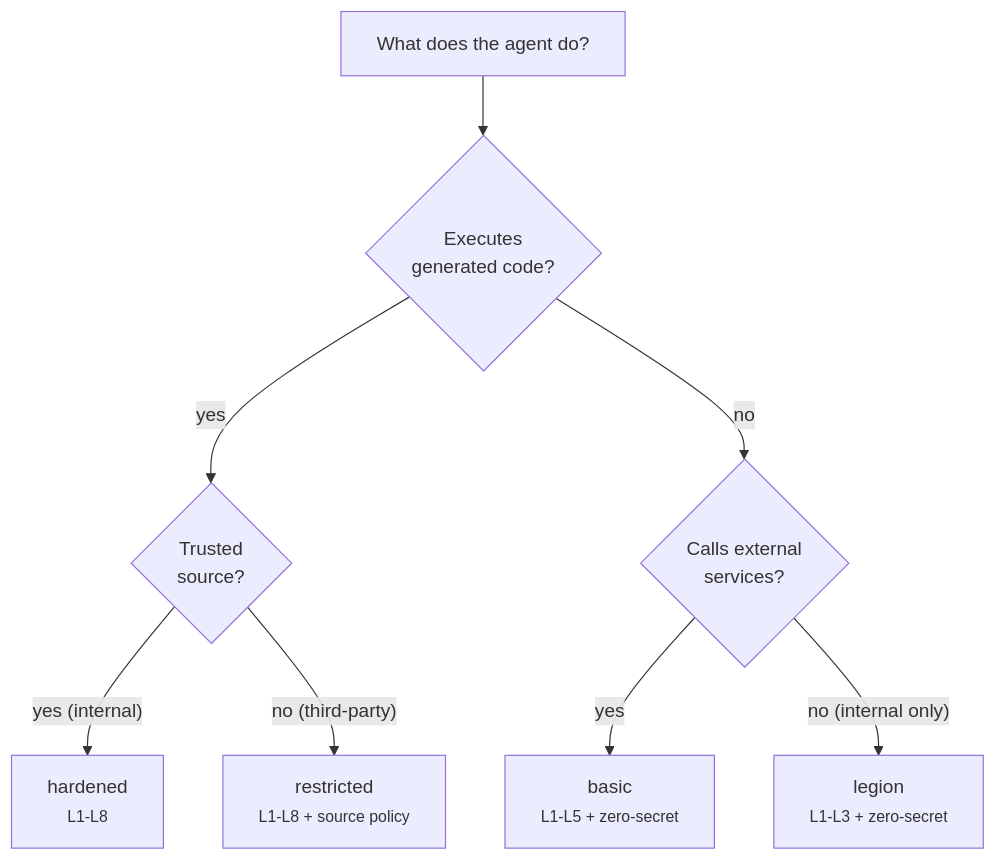
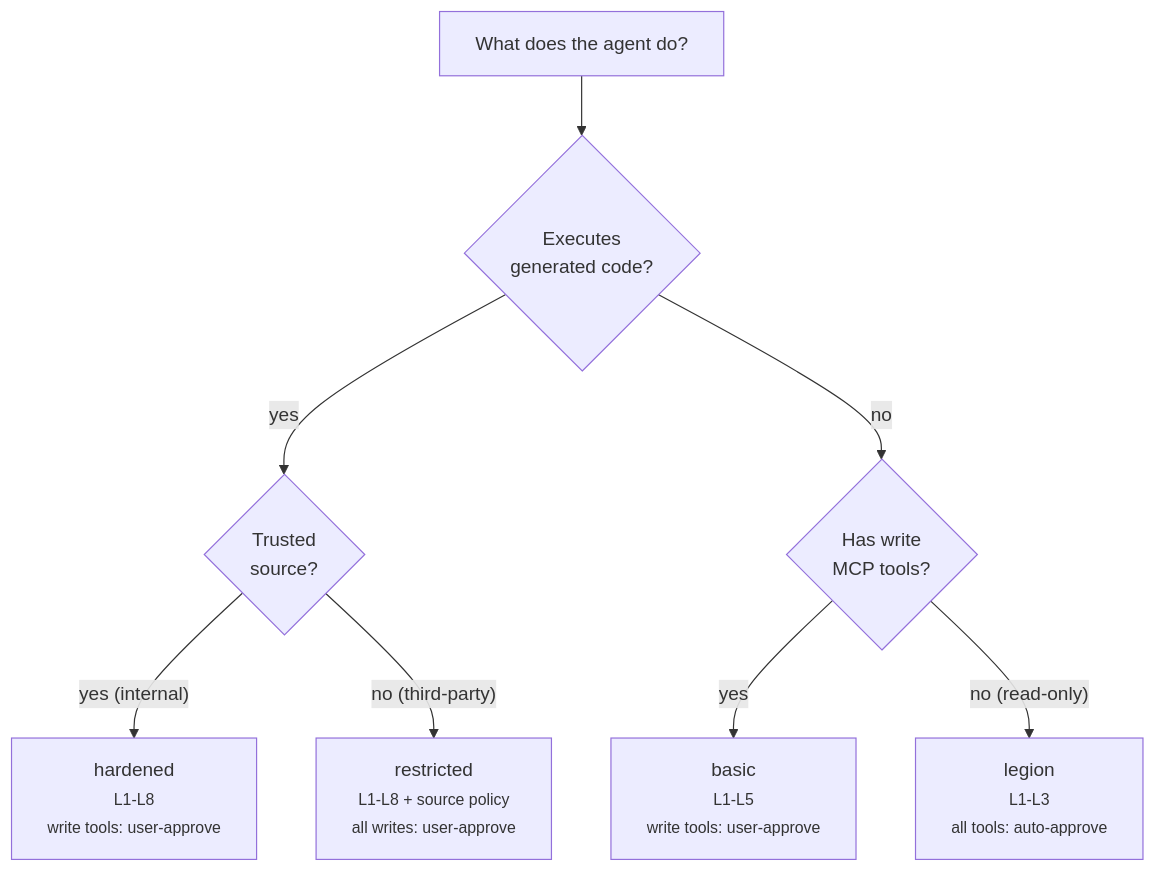
Before and after one commit to kagenti/kagenti: the fifth of 5 diagrams in docs/agentic-runtime/use-cases.md, drawn with Mermaid. The commit also changed other lines of this file, not shown here.

First line of the commit message:
docs: add explicit MCP tools and OAuth approval model to use cases

````diff
--- a/docs/agentic-runtime/use-cases.md
+++ b/docs/agentic-runtime/use-cases.md
@@ -299,14 +404,14 @@
 ```mermaid
 flowchart TD
     Start["What does the agent do?"]
 
     Start --> Q1{"Executes<br/>generated code?"}
     Q1 -->|"yes"| Q2{"Trusted<br/>source?"}
-    Q1 -->|"no"| Q3{"Calls external<br/>services?"}
+    Q1 -->|"no"| Q3{"Has write<br/>MCP tools?"}
 
-    Q2 -->|"yes (internal)"| Hardened["hardened<br/><small>L1-L8</small>"]
-    Q2 -->|"no (third-party)"| Restricted["restricted<br/><small>L1-L8 + source policy</small>"]
+    Q2 -->|"yes (internal)"| Hardened["hardened<br/><small>L1-L8<br/>write tools: user-approve</small>"]
+    Q2 -->|"no (third-party)"| Restricted["restricted<br/><small>L1-L8 + source policy<br/>all writes: user-approve</small>"]
 
-    Q3 -->|"yes"| Basic["basic<br/><small>L1-L5 + zero-secret</small>"]
-    Q3 -->|"no (internal only)"| Legion["legion<br/><small>L1-L3 + zero-secret</small>"]
+    Q3 -->|"yes"| Basic["basic<br/><small>L1-L5<br/>write tools: user-approve</small>"]
+    Q3 -->|"no (read-only)"| Legion["legion<br/><small>L1-L3<br/>all tools: auto-approve</small>"]
 ```
````
